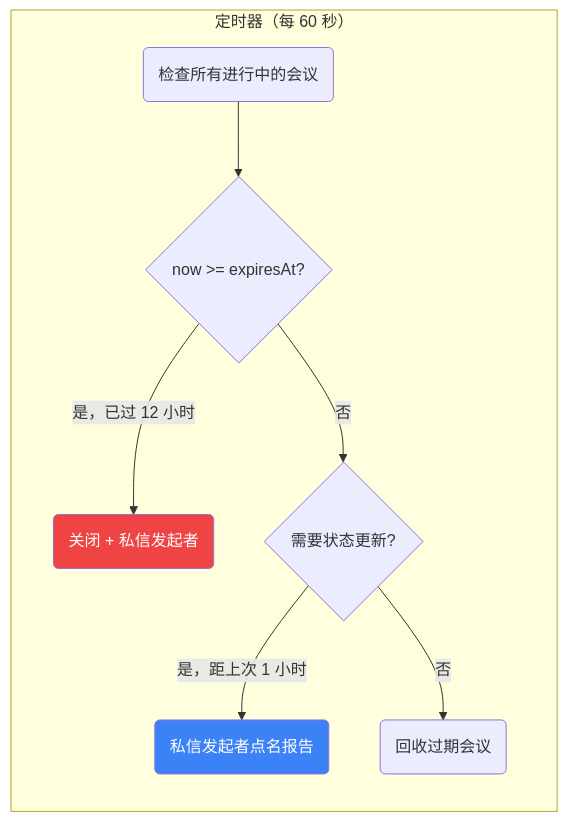
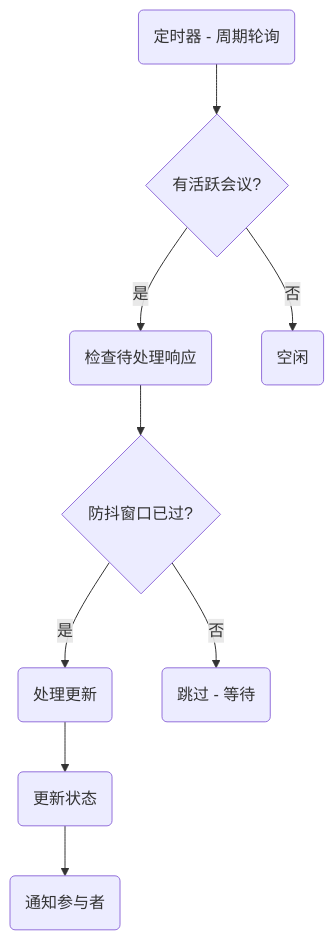
Before and after one commit to javana3/claw_meeting_all: the sixth of 6 diagrams in README.zh-CN.md, drawn with Mermaid. The commit also changed other lines of this file and 11 other files, not shown here.

````diff
--- a/README.zh-CN.md
+++ b/README.zh-CN.md
@@ -208,20 +112,11 @@
 ```mermaid
-flowchart LR
-    subgraph "定时器（每 60 秒）"
-        T1(检查所有进行中的会议)
-        T2{now >= expiresAt?}
-        T3(关闭 + 私信发起者)
-        T4{需要状态更新?}
-        T5(私信发起者点名报告)
-        T6(回收过期会议)
-    end
-
-    T1 --> T2
-    T2 -->|是，已过 12 小时| T3
-    T2 -->|否| T4
-    T4 -->|是，距上次 1 小时| T5
-    T4 -->|否| T6
-
-    style T3 fill:#ef4444,color:#fff
-    style T5 fill:#3b82f6,color:#fff
+graph TD
+    A(定时器 - 周期轮询) --> B{有活跃会议?}
+    B -->|是| C(检查待处理响应)
+    C --> D{防抖窗口已过?}
+    D -->|是| E(处理更新)
+    D -->|否| F(跳过 - 等待)
+    B -->|否| G(空闲)
+    E --> H(更新状态)
+    H --> I(通知参与者)
 ```
````
